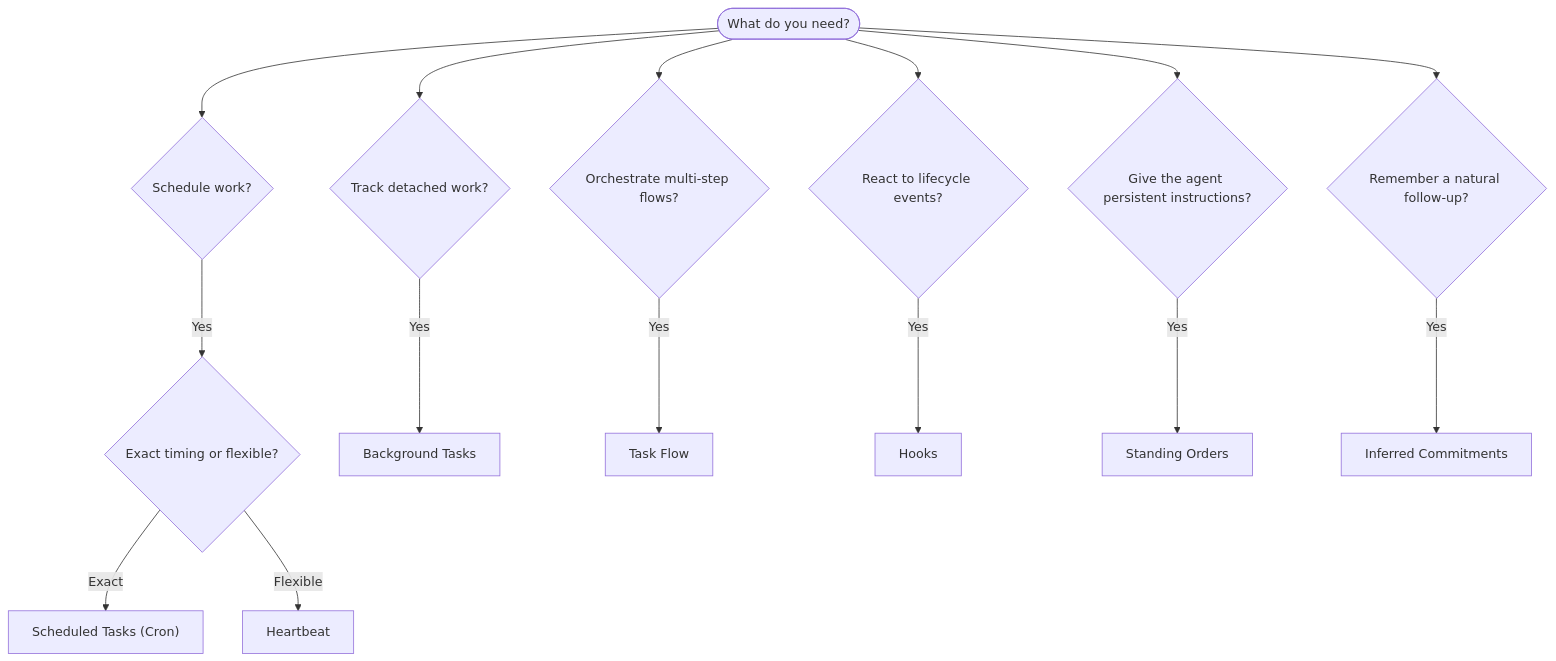
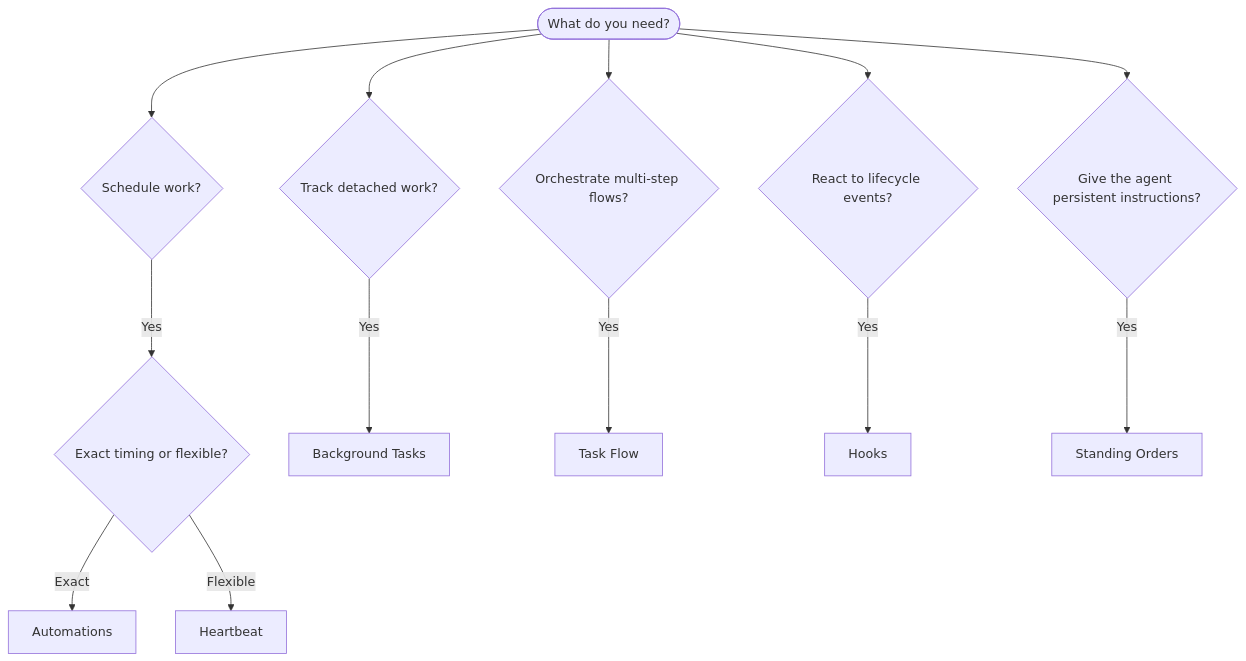
One commit to hotboysupreme12-hash/Automnia-AI-Nexus changed the diagram in docs/openclaw-latest/pages/automation.md. Above: the diagram before and after it, drawn with Mermaid. The commit also changed other lines of this file and 832 other files, not shown here.

Commit message:
feat: harden desktop runtime and OpenClaw flows

````diff
--- a/docs/openclaw-latest/pages/automation.md
+++ b/docs/openclaw-latest/pages/automation.md
@@ -17,19 +16,17 @@
 ```mermaid
 flowchart TD
     START([What do you need?]) --> Q1{Schedule work?}
     START --> Q2{Track detached work?}
     START --> Q3{Orchestrate multi-step flows?}
     START --> Q4{React to lifecycle events?}
     START --> Q5{Give the agent persistent instructions?}
-    START --> Q6{Remember a natural follow-up?}
 
     Q1 -->|Yes| Q1a{Exact timing or flexible?}
-    Q1a -->|Exact| CRON["Scheduled Tasks (Cron)"]
+    Q1a -->|Exact| CRON["Automations"]
     Q1a -->|Flexible| HEARTBEAT[Heartbeat]
 
     Q2 -->|Yes| TASKS[Background Tasks]
     Q3 -->|Yes| FLOW[Task Flow]
     Q4 -->|Yes| HOOKS[Hooks]
     Q5 -->|Yes| SO[Standing Orders]
-    Q6 -->|Yes| COMMITMENTS[Inferred Commitments]
 ```
````
